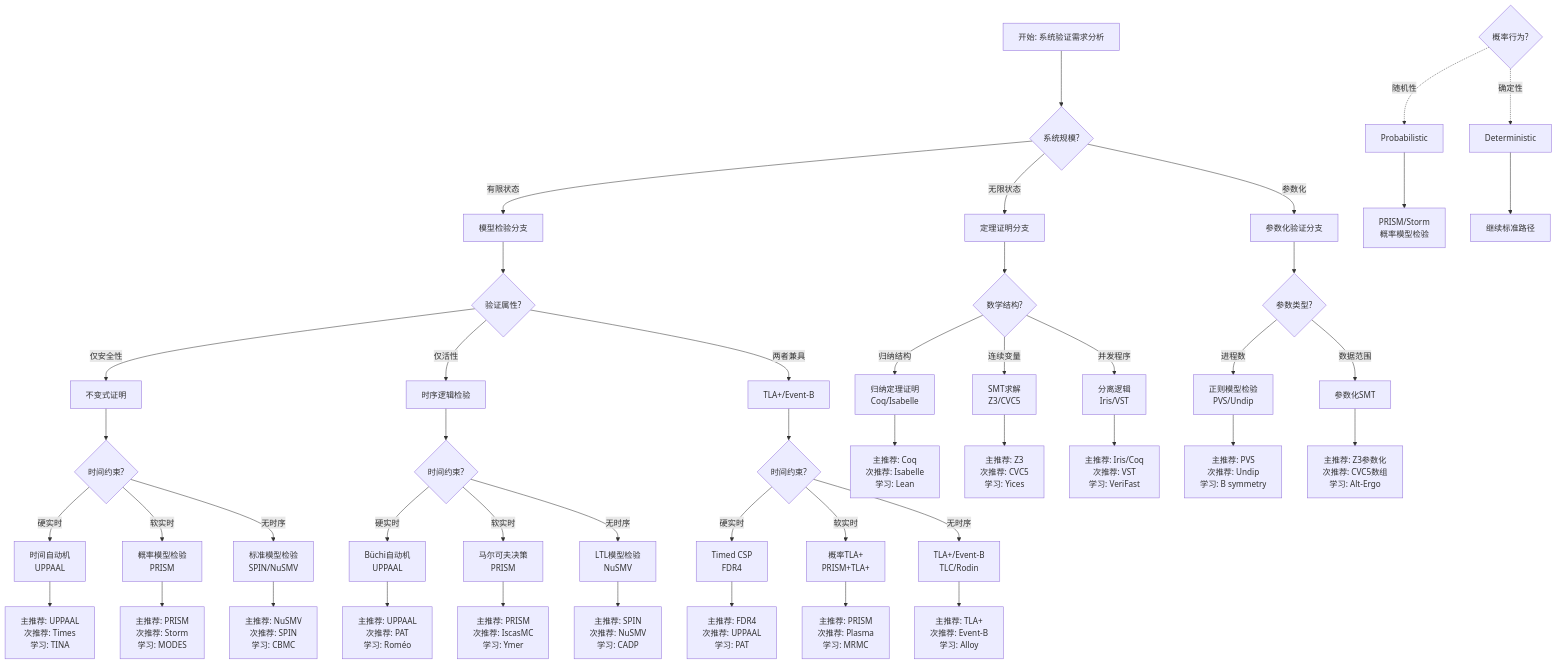
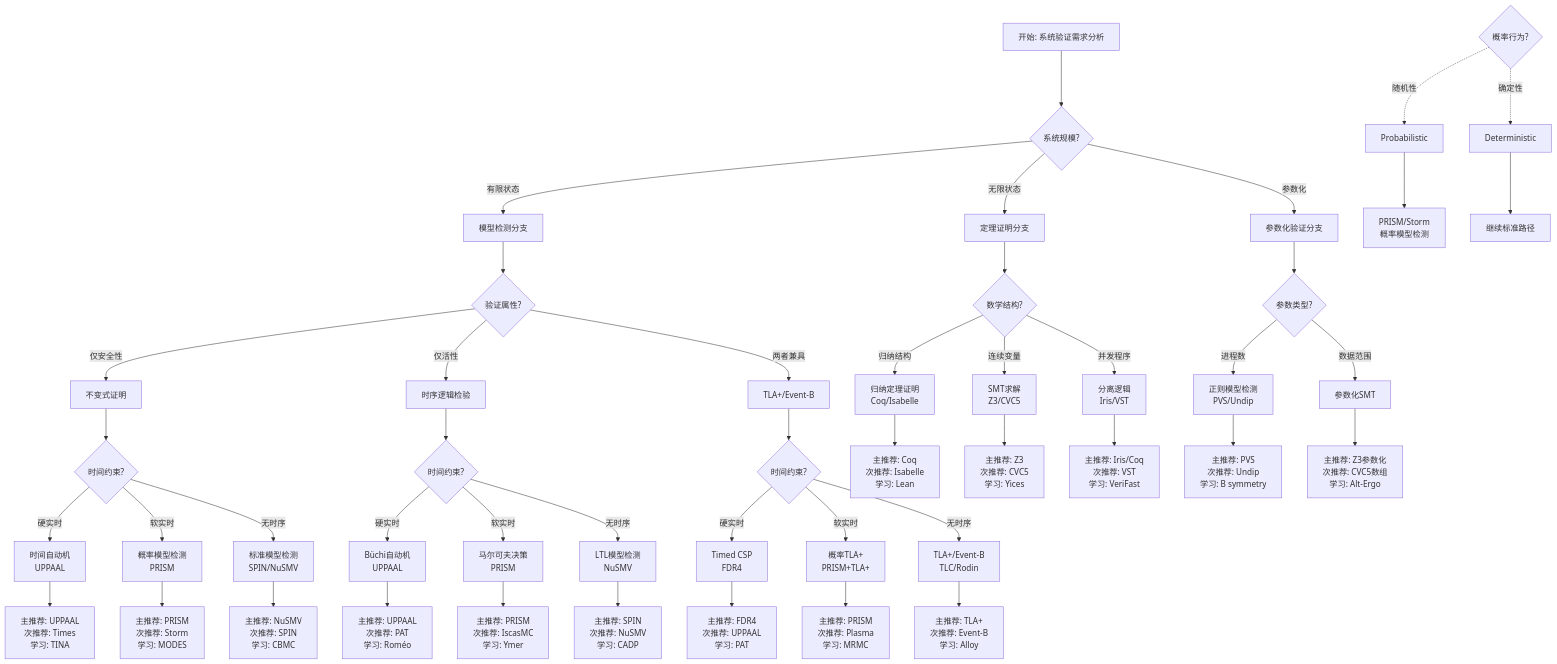
Before and after one commit to AdaMartin18010/AnalysisDataFlow: the first of 4 diagrams in formal-methods/COMPARISON-DECISION-TREES.md, drawn with Mermaid. The commit also changed other lines of this file and 129 other files, not shown here.

````diff
--- a/formal-methods/COMPARISON-DECISION-TREES.md
+++ b/formal-methods/COMPARISON-DECISION-TREES.md
@@ -189,65 +189,65 @@
 ```mermaid
 flowchart TD
-    Root[开始: 系统验证需求分析]
+    Root["开始: 系统验证需求分析"]
 
     Root --> D1{系统规模?}
 
-    D1 -->|有限状态| Scale_Finite[模型检验分支]
-    D1 -->|无限状态| Scale_Infinite[定理证明分支]
-    D1 -->|参数化| Scale_Param[参数化验证分支]
+    D1 -->|有限状态| Scale_Finite["模型检测分支"]
+    D1 -->|无限状态| Scale_Infinite["定理证明分支"]
+    D1 -->|参数化| Scale_Param["参数化验证分支"]
 
     Scale_Finite --> D2a{验证属性?}
-    D2a -->|仅安全性| Prop_Safety[不变式证明]
-    D2a -->|仅活性| Prop_Liveness[时序逻辑检验]
+    D2a -->|仅安全性| Prop_Safety["不变式证明"]
+    D2a -->|仅活性| Prop_Liveness["时序逻辑检验"]
     D2a -->|两者兼具| Prop_Both[TLA+/Event-B]
 
     Scale_Infinite --> D2b{数学结构?}
-    D2b -->|归纳结构| Struct_Inductive[归纳定理证明<br/>Coq/Isabelle]
-    D2b -->|连续变量| Struct_Continuous[SMT求解<br/>Z3/CVC5]
-    D2b -->|并发程序| Struct_Concurrent[分离逻辑<br/>Iris/VST]
+    D2b -->|归纳结构| Struct_Inductive["归纳定理证明<br/>Coq/Isabelle"]
+    D2b -->|连续变量| Struct_Continuous["SMT求解<br/>Z3/CVC5"]
+    D2b -->|并发程序| Struct_Concurrent["分离逻辑<br/>Iris/VST"]
 
     Scale_Param --> D2c{参数类型?}
-    D2c -->|进程数| Param_Process[正则模型检验<br/>PVS/Undip]
-    D2c -->|数据范围| Param_Data[参数化SMT]
+    D2c -->|进程数| Param_Process["正则模型检测<br/>PVS/Undip"]
+    D2c -->|数据范围| Param_Data["参数化SMT"]
 
     Prop_Safety --> D3a{时间约束?}
-    D3a -->|硬实时| Time_Hard_Safe[时间自动机<br/>UPPAAL]
-    D3a -->|软实时| Time_Soft_Safe[概率模型检验<br/>PRISM]
-    D3a -->|无时序| Time_None_Safe[标准模型检验<br/>SPIN/NuSMV]
+    D3a -->|硬实时| Time_Hard_Safe["时间自动机<br/>UPPAAL"]
+    D3a -->|软实时| Time_Soft_Safe["概率模型检测<br/>PRISM"]
+    D3a -->|无时序| Time_None_Safe["标准模型检测<br/>SPIN/NuSMV"]
 
     Prop_Liveness --> D3b{时间约束?}
-    D3b -->|硬实时| Time_Hard_Live[Büchi自动机<br/>UPPAAL]
-    D3b -->|软实时| Time_Soft_Live[马尔可夫决策<br/>PRISM]
-    D3b -->|无时序| Time_None_Live[LTL模型检验<br/>NuSMV]
+    D3b -->|硬实时| Time_Hard_Live["Büchi自动机<br/>UPPAAL"]
+    D3b -->|软实时| Time_Soft_Live["马尔可夫决策<br/>PRISM"]
+    D3b -->|无时序| Time_None_Live["LTL模型检测<br/>NuSMV"]
 
     Prop_Both --> D3c{时间约束?}
     D3c -->|硬实时| Time_Hard_Both[Timed CSP<br/>FDR4]
-    D3c -->|软实时| Time_Soft_Both[概率TLA+<br/>PRISM+TLA+]
+    D3c -->|软实时| Time_Soft_Both["概率TLA+<br/>PRISM+TLA+"]
     D3c -->|无时序| Time_None_Both[TLA+/Event-B<br/>TLC/Rodin]
 
     D4{概率行为?} -.->|随机性| Probabilistic
     D4 -.->|确定性| Deterministic
 
-    Probabilistic --> Prob_Rec[PRISM/Storm<br/>概率模型检验]
-    Deterministic --> Det_Cont[继续标准路径]
+    Probabilistic --> Prob_Rec["PRISM/Storm<br/>概率模型检测"]
+    Deterministic --> Det_Cont["继续标准路径"]
 
     %% 叶节点工具推荐
-    Time_Hard_Safe --> Rec1[主推荐: UPPAAL<br/>次推荐: Times<br/>学习: TINA]
-    Time_Soft_Safe --> Rec2[主推荐: PRISM<br/>次推荐: Storm<br/>学习: MODES]
-    Time_None_Safe --> Rec3[主推荐: NuSMV<br/>次推荐: SPIN<br/>学习: CBMC]
+    Time_Hard_Safe --> Rec1["主推荐: UPPAAL<br/>次推荐: Times<br/>学习: TINA"]
+    Time_Soft_Safe --> Rec2["主推荐: PRISM<br/>次推荐: Storm<br/>学习: MODES"]
+    Time_None_Safe --> Rec3["主推荐: NuSMV<br/>次推荐: SPIN<br/>学习: CBMC"]
 
-    Time_Hard_Live --> Rec4[主推荐: UPPAAL<br/>次推荐: PAT<br/>学习: Roméo]
-    Time_Soft_Live --> Rec5[主推荐: PRISM<br/>次推荐: IscasMC<br/>学习: Ymer]
-    Time_None_Live --> Rec6[主推荐: SPIN<br/>次推荐: NuSMV<br/>学习: CADP]
+    Time_Hard_Live --> Rec4["主推荐: UPPAAL<br/>次推荐: PAT<br/>学习: Roméo"]
+    Time_Soft_Live --> Rec5["主推荐: PRISM<br/>次推荐: IscasMC<br/>学习: Ymer"]
+    Time_None_Live --> Rec6["主推荐: SPIN<br/>次推荐: NuSMV<br/>学习: CADP"]
 
-    Time_Hard_Both --> Rec7[主推荐: FDR4<br/>次推荐: UPPAAL<br/>学习: PAT]
-    Time_Soft_Both --> Rec8[主推荐: PRISM<br/>次推荐: Plasma<br/>学习: MRMC]
-    Time_None_Both --> Rec9[主推荐: TLA+<br/>次推荐: Event-B<br/>学习: Alloy]
+    Time_Hard_Both --> Rec7["主推荐: FDR4<br/>次推荐: UPPAAL<br/>学习: PAT"]
+    Time_Soft_Both --> Rec8["主推荐: PRISM<br/>次推荐: Plasma<br/>学习: MRMC"]
+    Time_None_Both --> Rec9["主推荐: TLA+<br/>次推荐: Event-B<br/>学习: Alloy"]
 
-    Struct_Inductive --> Rec10[主推荐: Coq<br/>次推荐: Isabelle<br/>学习: Lean]
-    Struct_Continuous --> Rec11[主推荐: Z3<br/>次推荐: CVC5<br/>学习: Yices]
-    Struct_Concurrent --> Rec12[主推荐: Iris/Coq<br/>次推荐: VST<br/>学习: VeriFast]
+    Struct_Inductive --> Rec10["主推荐: Coq<br/>次推荐: Isabelle<br/>学习: Lean"]
+    Struct_Continuous --> Rec11["主推荐: Z3<br/>次推荐: CVC5<br/>学习: Yices"]
+    Struct_Concurrent --> Rec12["主推荐: Iris/Coq<br/>次推荐: VST<br/>学习: VeriFast"]
 
-    Param_Process --> Rec13[主推荐: PVS<br/>次推荐: Undip<br/>学习: B symmetry]
-    Param_Data --> Rec14[主推荐: Z3参数化<br/>次推荐: CVC5数组<br/>学习: Alt-Ergo]
+    Param_Process --> Rec13["主推荐: PVS<br/>次推荐: Undip<br/>学习: B symmetry"]
+    Param_Data --> Rec14["主推荐: Z3参数化<br/>次推荐: CVC5数组<br/>学习: Alt-Ergo"]
 ```
````
